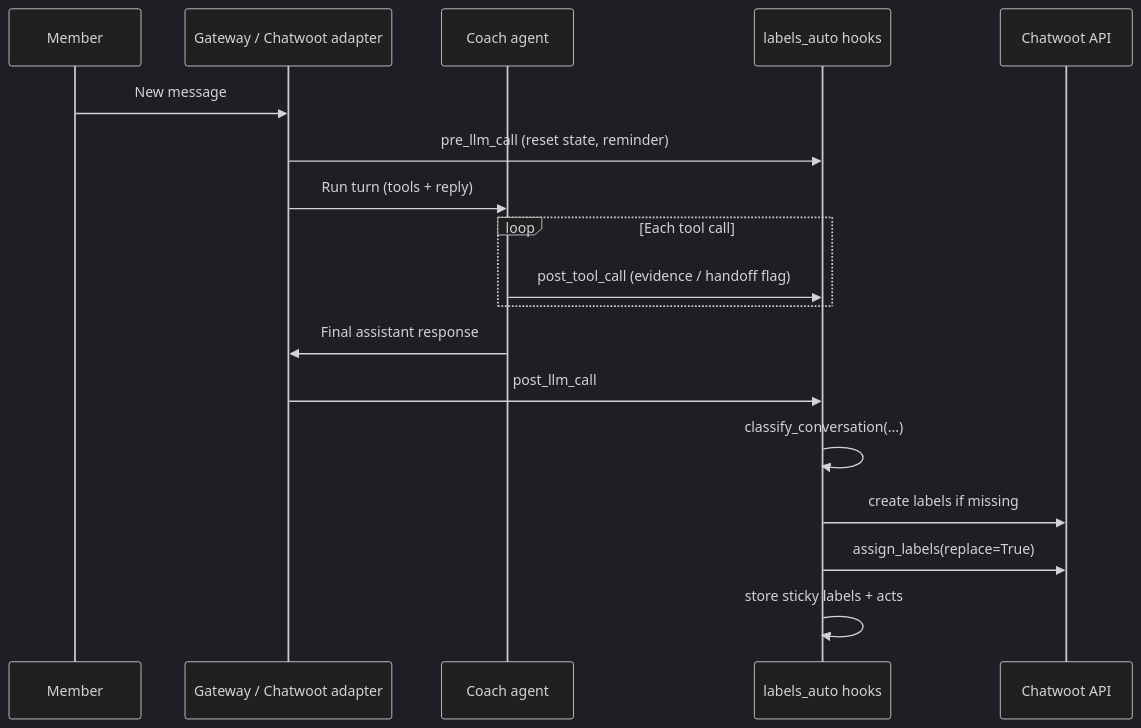
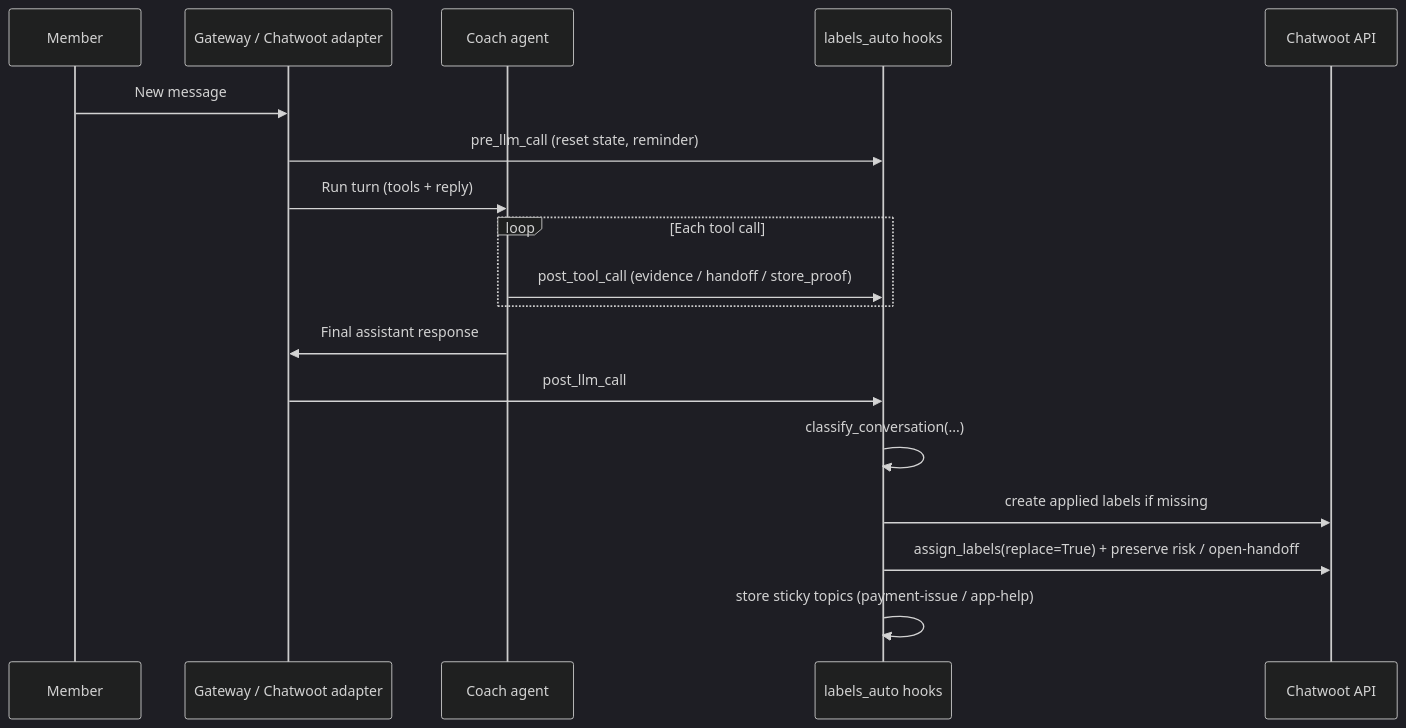
One commit to Anvento-labs/hermes-agent changed the first of 2 diagrams in crwd_documentaion/conversation_classification.md. Above: the diagram before and after it, drawn with Mermaid (dark theme). The commit also changed other lines of this file and 6 other files, not shown here.

````diff
--- a/crwd_documentaion/conversation_classification.md
+++ b/crwd_documentaion/conversation_classification.md
@@ -157,21 +150,21 @@
 ```mermaid
 sequenceDiagram
   participant M as Member
   participant G as Gateway / Chatwoot adapter
   participant A as Coach agent
   participant H as labels_auto hooks
   participant C as Chatwoot API
 
   M->>G: New message
   G->>H: pre_llm_call (reset state, reminder)
   G->>A: Run turn (tools + reply)
   loop Each tool call
-    A->>H: post_tool_call (evidence / handoff flag)
+    A->>H: post_tool_call (evidence / handoff / store_proof)
   end
   A->>G: Final assistant response
   G->>H: post_llm_call
   H->>H: classify_conversation(...)
-  H->>C: create labels if missing
-  H->>C: assign_labels(replace=True)
-  H->>H: store sticky labels + acts
+  H->>C: create applied labels if missing
+  H->>C: assign_labels(replace=True) + preserve risk / open-handoff
+  H->>H: store sticky topics (payment-issue / app-help)
 ```
````
